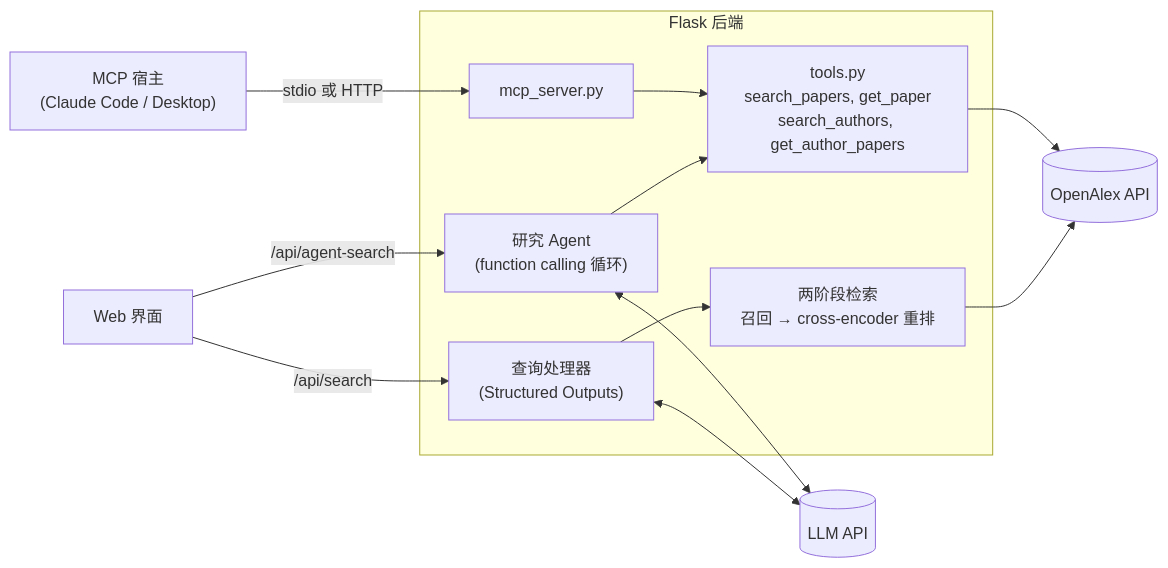
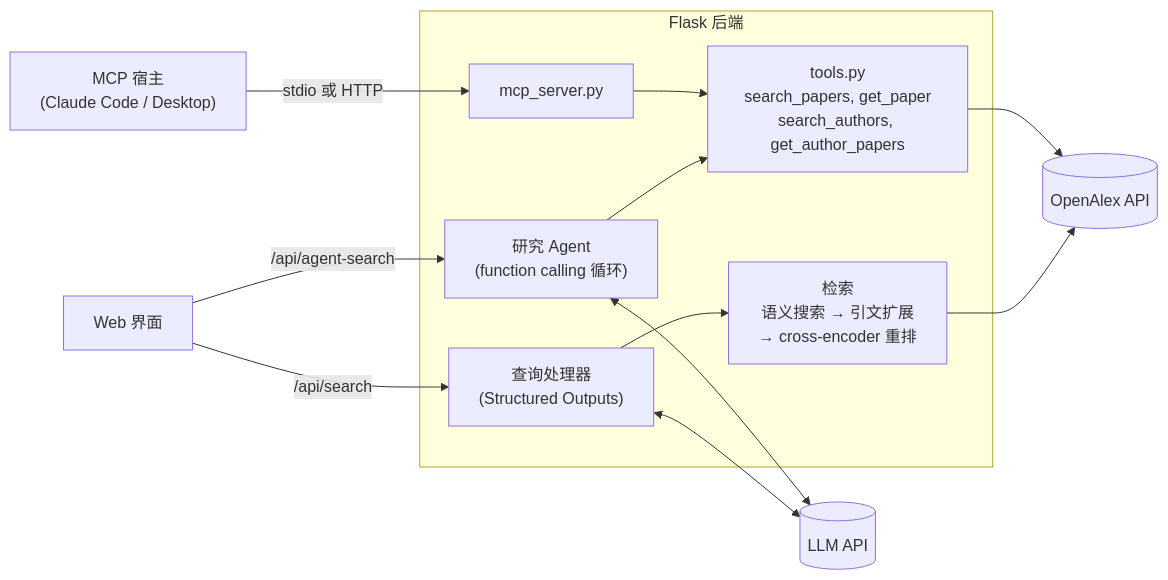
The diagram in README.zh-CN.md (LynnUoE/om-dissertation-implementation), drawn with Mermaid before and after one commit. The commit also changed other lines of this file and 22 other files, not shown here.

````diff
--- a/README.zh-CN.md
+++ b/README.zh-CN.md
@@ -17,20 +17,20 @@
 ```mermaid
 flowchart LR
     subgraph Backend [Flask 后端]
         Pipeline["查询处理器<br/>(Structured Outputs)"]
-        Searcher["两阶段检索<br/>召回 → cross-encoder 重排"]
+        Searcher["检索<br/>语义搜索 → 引文扩展<br/>→ cross-encoder 重排"]
         Agent["研究 Agent<br/>(function calling 循环)"]
         MCP[mcp_server.py]
         Tools["tools.py<br/>search_papers, get_paper<br/>search_authors, get_author_papers"]
     end
     UI[Web 界面] -->|/api/search| Pipeline
     UI -->|/api/agent-search| Agent
     Host["MCP 宿主<br/>(Claude Code / Desktop)"] -->|stdio 或 HTTP| MCP
     Pipeline --> Searcher
     Agent --> Tools
     MCP --> Tools
     Pipeline <--> LLM[(LLM API)]
     Agent <--> LLM
     Searcher --> OA[(OpenAlex API)]
     Tools --> OA
 ```
````
